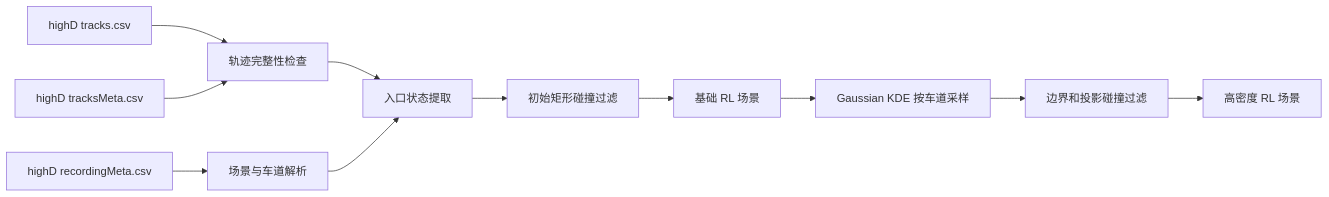
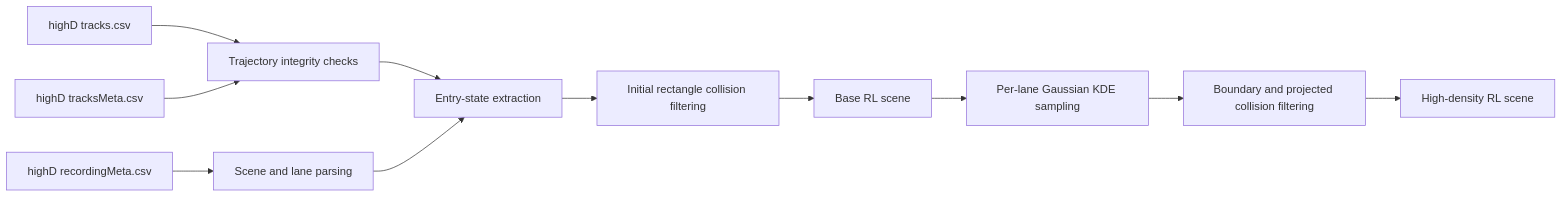
One commit to lufyang1/HighD-SceneForge changed the diagram in README.md. Above: the diagram before and after it, drawn with Mermaid. The commit also changed other lines of this file, not shown here.

````diff
--- a/README.md
+++ b/README.md
@@ -22,13 +22,13 @@
 ```mermaid
 flowchart LR
-    A[highD tracks.csv] --> D[轨迹完整性检查]
+    A[highD tracks.csv] --> D[Trajectory integrity checks]
     B[highD tracksMeta.csv] --> D
-    C[highD recordingMeta.csv] --> E[场景与车道解析]
-    D --> F[入口状态提取]
+    C[highD recordingMeta.csv] --> E[Scene and lane parsing]
+    D --> F[Entry-state extraction]
     E --> F
-    F --> G[初始矩形碰撞过滤]
-    G --> H[基础 RL 场景]
-    H --> I[Gaussian KDE 按车道采样]
-    I --> J[边界和投影碰撞过滤]
-    J --> K[高密度 RL 场景]
+    F --> G[Initial rectangle collision filtering]
+    G --> H[Base RL scene]
+    H --> I[Per-lane Gaussian KDE sampling]
+    I --> J[Boundary and projected collision filtering]
+    J --> K[High-density RL scene]
 ```
````
